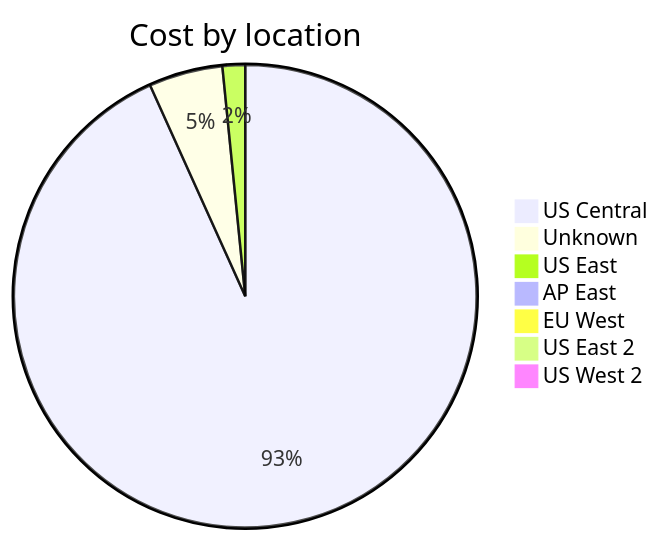
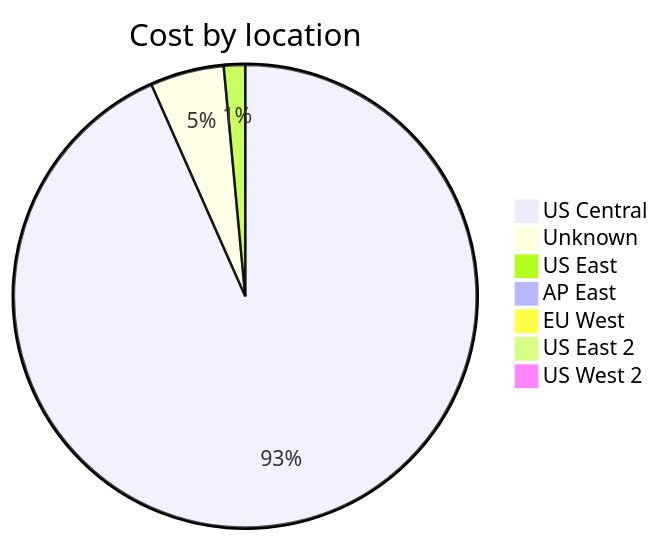
One commit to jpfulton/azure-personal-reports changed the third of 4 diagrams in cost-reports/accumulated-cost.md. Above: the diagram before and after it, drawn with Mermaid. The commit also changed other lines of this file and 4 other files, not shown here.

````diff
--- a/cost-reports/accumulated-cost.md
+++ b/cost-reports/accumulated-cost.md
@@ -123,11 +123,11 @@
 ```mermaid
 pie
    title Cost by location
-   "US Central" : 8.85
-   "Unknown" : 0.49
+   "US Central" : 9.42
+   "Unknown" : 0.52
    "US East" : 0.15
    "AP East" : 0.00
    "EU West" : 0.00
    "US East 2" : 0.00
    "US West 2" : 0.00
 ```
````
